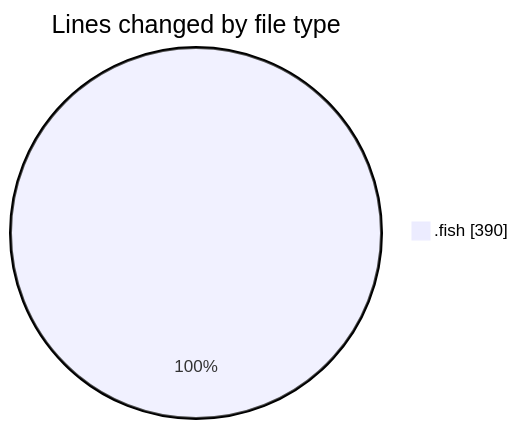
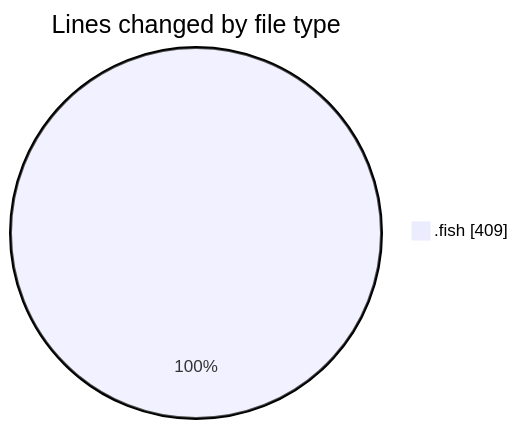
One commit to EIIisD/code-tracking changed the first of 2 diagrams in 2025-07-22/fish/README.md. Above: the diagram before and after it, drawn with Mermaid. The commit also changed other lines of this file and 1 other file, not shown here.

````diff
--- a/2025-07-22/fish/README.md
+++ b/2025-07-22/fish/README.md
@@ -22,5 +22,5 @@
 ```mermaid
 pie showData
 title Lines changed by file type
-".fish" : 390
+".fish" : 409
 ```
````
